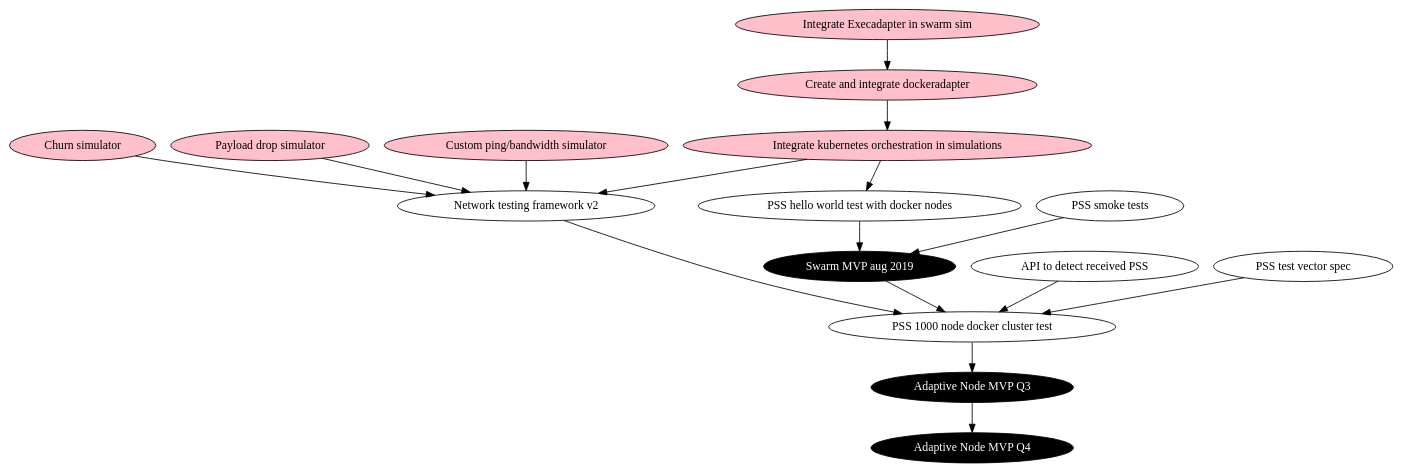
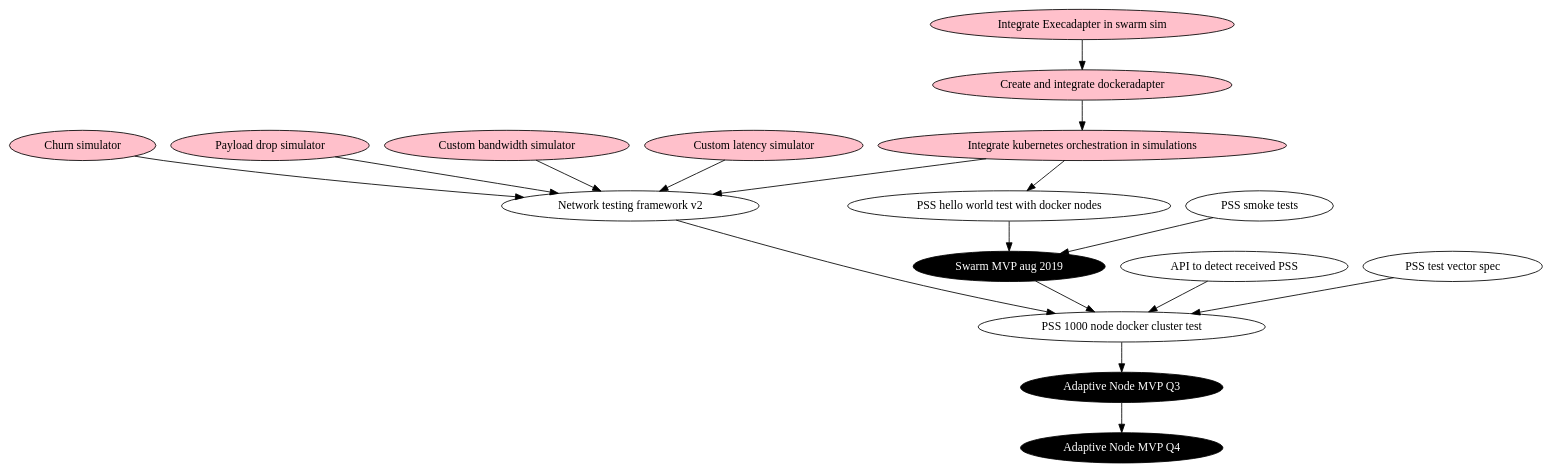
One commit to nolash/swarm-adaptive-node changed the diagram in testdep.dot. Above: the diagram before and after it, drawn with Graphviz. The commit also changed 9 other files, not shown here.

```diff
--- a/testdep.dot
+++ b/testdep.dot
@@ -1,31 +1,33 @@
 digraph {
 	test_execadapter [label="Integrate Execadapter in swarm sim",style="filled",fillcolor="pink"]
 	test_dockeradapter [label="Create and integrate dockeradapter",style="filled",fillcolor="pink"]
 	test_dockerkubernetes [label="Integrate kubernetes orchestration in simulations",style="filled",fillcolor="pink"]
 	test_sim2 [label="Network testing framework v2"]
 	test_pssdockerinit [label="PSS hello world test with docker nodes"]
 	test_churn [label="Churn simulator",style="filled",fillcolor="pink"]
 	test_drop [label="Payload drop simulator",style="filled",fillcolor="pink"]
-	test_throttle [label="Custom ping/bandwidth simulator",style="filled",fillcolor="pink"]
+	test_bandwidth [label="Custom bandwidth simulator",style="filled",fillcolor="pink"]
+	test_latency [label="Custom latency simulator",style="filled",fillcolor="pink"]
 	test_psssmoke [label="PSS smoke tests"]
 	test_pssmsghook [label="API to detect received PSS"]
 	test_pssfinal [label="PSS 1000 node docker cluster test"]
 	test_pssfinalspec [label="PSS test vector spec"]
 	mvp_aug [label="Swarm MVP aug 2019",style="filled",fillcolor="black",fontcolor="white"]
 	mvp_q3 [label="Adaptive Node MVP Q3",style="filled",fillcolor="black",fontcolor="white"]
 	mvp_q4 [label="Adaptive Node MVP Q4",style="filled",fillcolor="black",fontcolor="white"]
 
 	test_execadapter -> test_dockeradapter -> test_dockerkubernetes -> test_sim2
 	test_dockerkubernetes -> test_pssdockerinit -> mvp_aug
 	test_psssmoke -> mvp_aug
 
 	test_churn -> test_sim2
-	test_throttle -> test_sim2
+	test_bandwidth -> test_sim2
+	test_latency -> test_sim2
 	test_drop -> test_sim2
 	test_sim2 -> test_pssfinal
 	test_pssmsghook -> test_pssfinal
 	test_pssfinalspec -> test_pssfinal
 	mvp_aug -> test_pssfinal 
 	test_pssfinal -> mvp_q3
 	mvp_q3 -> mvp_q4
 }
```
